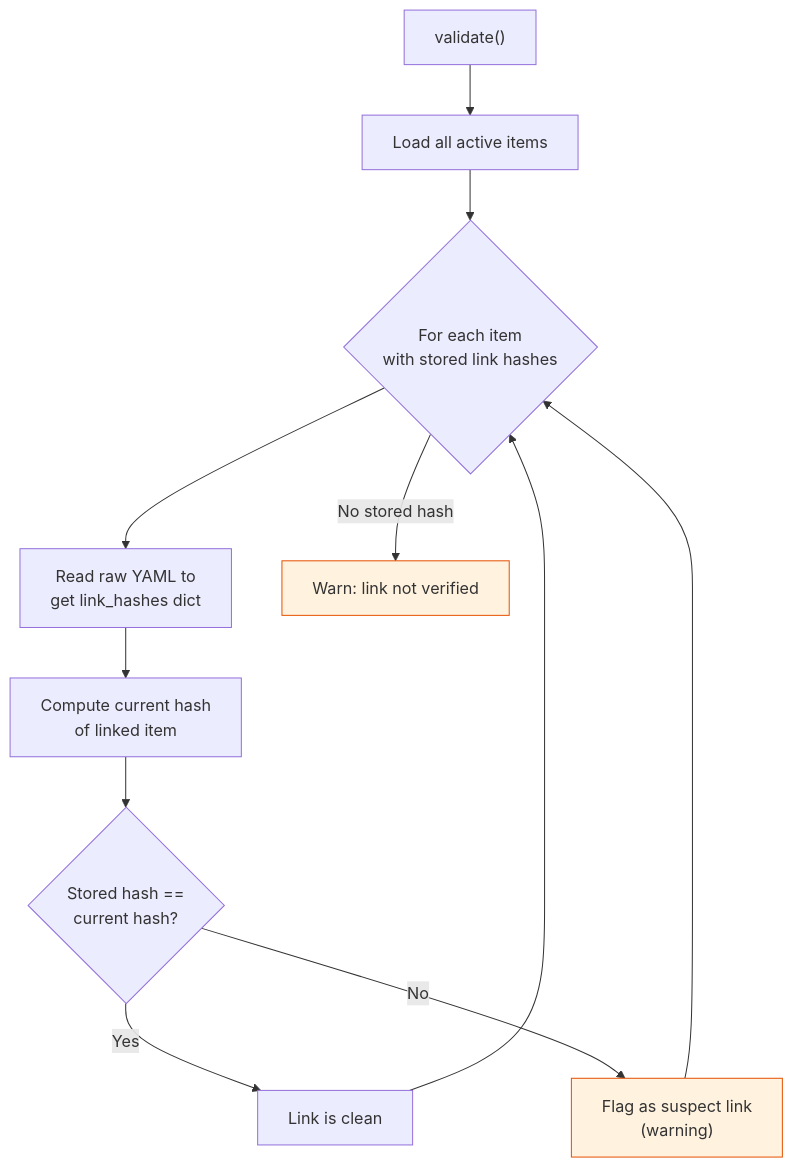
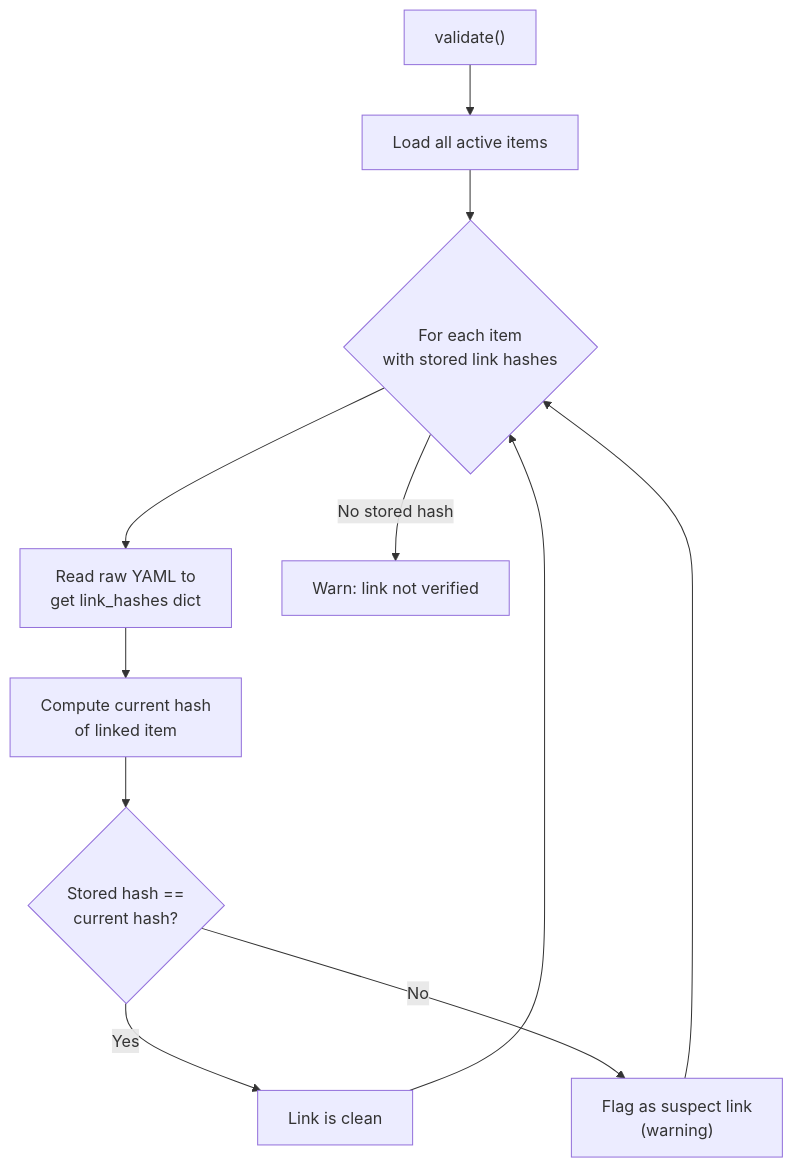
The fifth of 5 diagrams in docs/user-guide/design.md (vanandrew/jamb), drawn with Mermaid before and after one commit. The commit also changed other lines of this file and 27 other files, not shown here.

````diff
--- a/docs/user-guide/design.md
+++ b/docs/user-guide/design.md
@@ -153,16 +139,13 @@
 ```{mermaid}
 flowchart TD
     Start["validate()"] --> Load["Load all active items"]
     Load --> Loop{"For each item<br/>with stored link hashes"}
     Loop --> Read["Read raw YAML to<br/>get link_hashes dict"]
     Read --> Hash["Compute current hash<br/>of linked item"]
     Hash --> Compare{"Stored hash ==<br/>current hash?"}
     Compare -- Yes --> Next["Link is clean"]
     Compare -- No --> Flag["Flag as suspect link<br/>(warning)"]
     Next --> Loop
     Flag --> Loop
     Loop -- "No stored hash" --> Warn["Warn: link not verified"]
-
-    style Flag fill:#fff3e0,stroke:#e65100
-    style Warn fill:#fff3e0,stroke:#e65100
 ```
````
